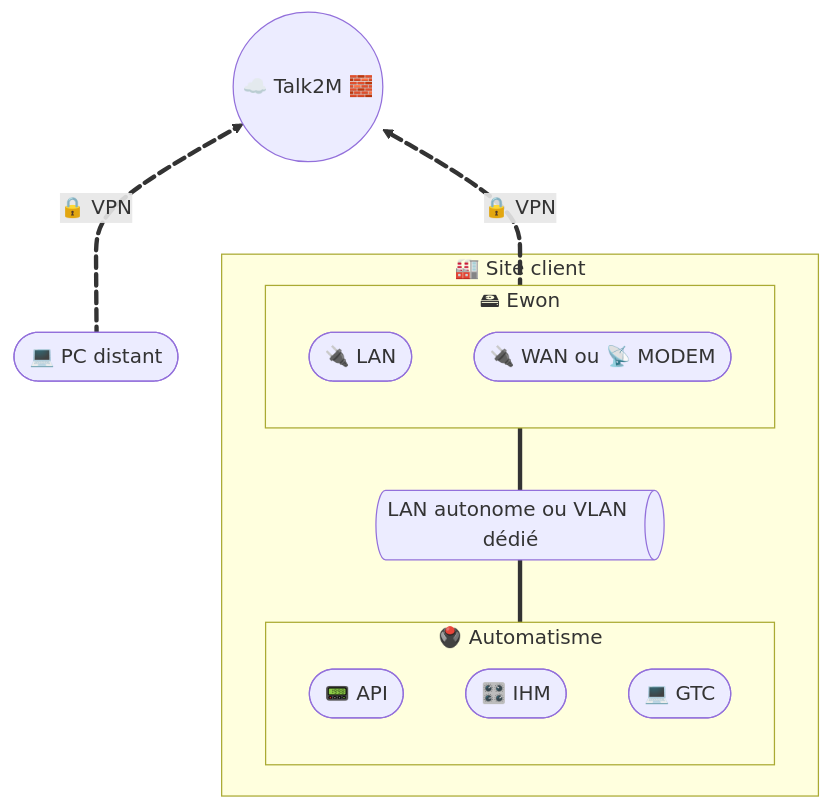
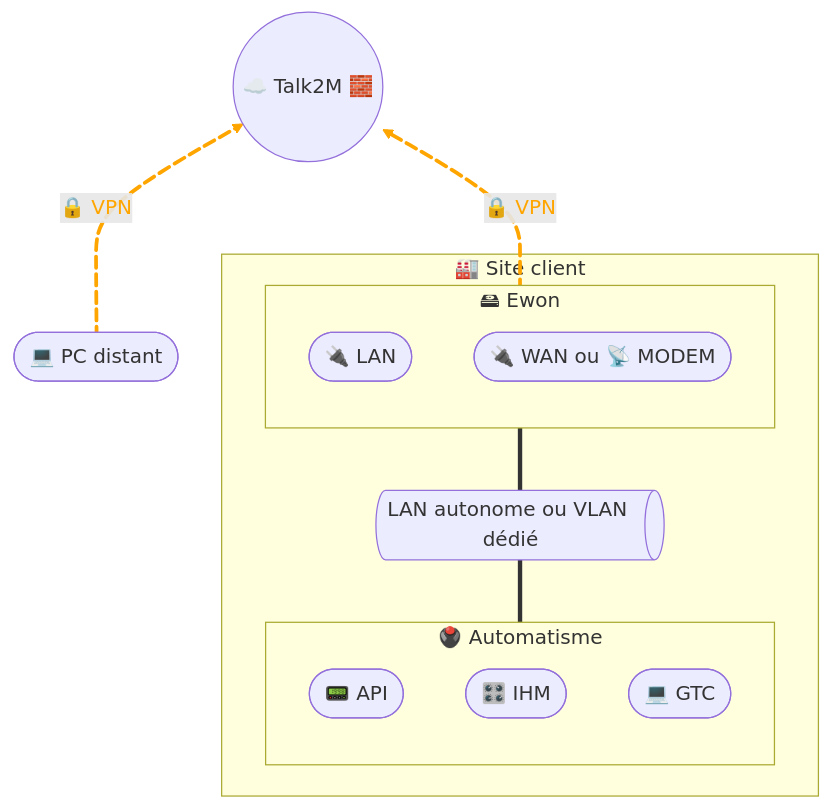
One commit to JohannPx/network-architectures changed the diagram in docs/remote-access/remote-access-ewon.md. Above: the diagram before and after it, drawn with Mermaid.

````diff
--- a/docs/remote-access/remote-access-ewon.md
+++ b/docs/remote-access/remote-access-ewon.md
@@ -5,32 +5,35 @@
 ```mermaid
 flowchart BT
 
     remote([💻 PC distant])
 
     subgraph site [🏭 Site client]
         subgraph automation [🖲️ Automatisme]
             plc([📟 API])
             hmi([🎛️ IHM])
             gtc([💻 GTC])
         end
 
         vlan@{ shape: das, label: "LAN autonome ou VLAN dédié" }
         
         subgraph ewon [🖴 Ewon]
             ewonLan([🔌 LAN])
             ewonWan([🔌 WAN ou 📡 MODEM])
         end
     end
 
     talk2m((☁️ Talk2M 🧱))
 
     remote e2@== 🔒 VPN ==> talk2m
     e2@{ animation: fast }
 
     ewon e1@== 🔒 VPN ==> talk2m
     e1@{ animation: fast }
 
 
     automation === vlan
     vlan === ewon
+    
+    linkStyle 0 stroke:orange,stroke-width:3px,color:orange;
+    linkStyle 1 stroke:orange,stroke-width:3px,color:orange;
 ```
````
